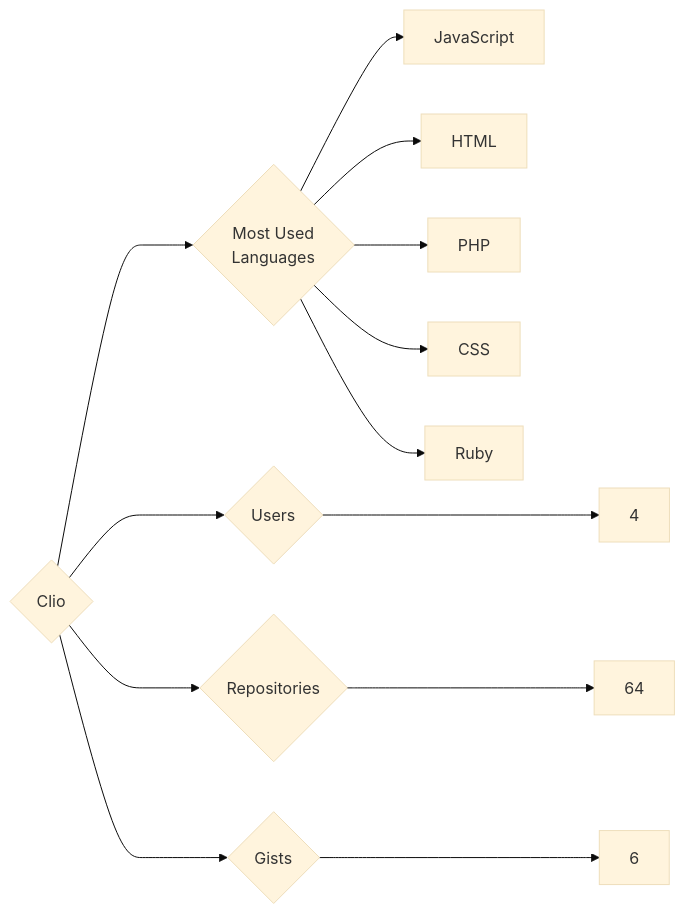
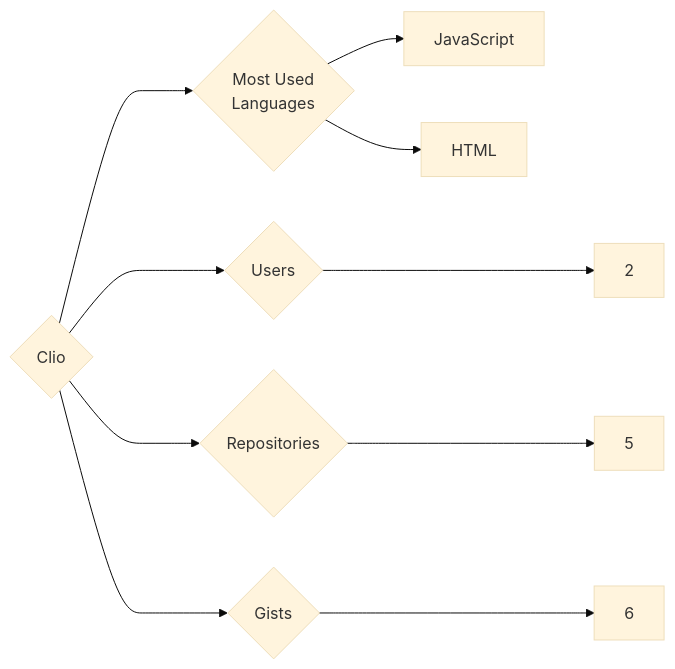
The diagram in targets/Clio/README.md (trickest/insiders), drawn with Mermaid (base theme) before and after one commit. The commit also changed 1007 other files, not shown here.

````diff
--- a/targets/Clio/README.md
+++ b/targets/Clio/README.md
@@ -3,13 +3,10 @@
 ```mermaid
 graph LR
 COMPANY_NAME{Clio}
-COMPANY_NAME ---> U{Users} ---> UN[4]
-COMPANY_NAME ---> R{Repositories} ---> RN[64]
+COMPANY_NAME ---> U{Users} ---> UN[2]
+COMPANY_NAME ---> R{Repositories} ---> RN[5]
 COMPANY_NAME ---> G{Gists} ---> GN[6]
 COMPANY_NAME ---> ML{Most Used<br>Languages}
 ML --> JavaScript[JavaScript]
 ML --> HTML[HTML]
-ML --> PHP[PHP]
-ML --> CSS[CSS]
-ML --> Ruby[Ruby]
 ```
````
